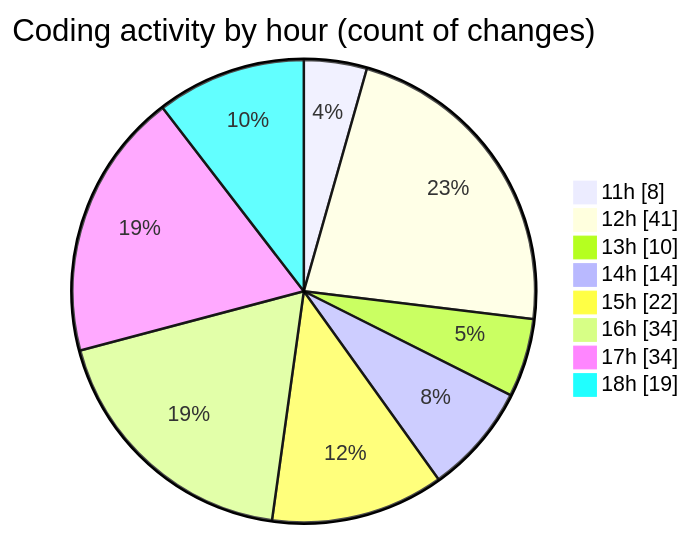
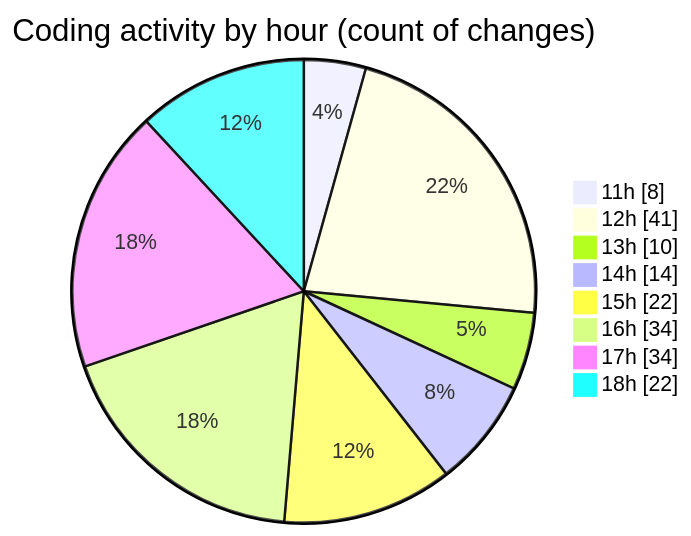
The second of 2 diagrams in 2025-05-04/project/README.md (BS-eng2023/code-tracking), drawn with Mermaid before and after one commit. The commit also changed other lines of this file and 1 other file, not shown here.

````diff
--- a/2025-05-04/project/README.md
+++ b/2025-05-04/project/README.md
@@ -54,12 +54,12 @@
 ```mermaid
 pie showData
 title Coding activity by hour (count of changes)
 "11h" : 8
 "12h" : 41
 "13h" : 10
 "14h" : 14
 "15h" : 22
 "16h" : 34
 "17h" : 34
-"18h" : 19
+"18h" : 22
 ```
````
